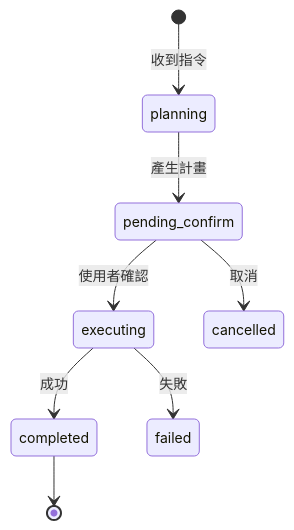
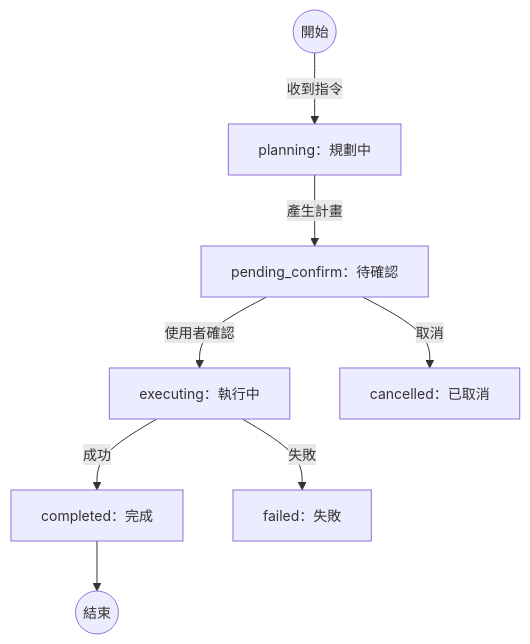
Before and after one commit to billwu101/CloudDrive: the ninth of 10 diagrams in doc/detailed-design.md, drawn with Mermaid. The commit also changed other lines of this file, not shown here.

Commit message:
docs(detailed-design): 統一圖表視覺——兩張狀態機改 flowchart
§3.7 的「AI workflow 狀態機」與「upload session 狀態機」原為 stateDiagram-v2，
其節點樣式與字體渲染路徑不吃 fontSize themeVariable，與 §3.4 系統架構圖等
graph/flowchart 圖並排時大小、字體明顯不一致。改寫為 flowchart TD，沿用與
系統架構圖相同的方框節點語法 + 開始/結束圓節點，狀態轉移以箭頭標籤表達，
語義不變、視覺語言統一。

````diff
--- a/doc/detailed-design.md
+++ b/doc/detailed-design.md
@@ -352,11 +352,11 @@
 ```mermaid
 %%{init: {'theme':'default','themeVariables':{'fontFamily':'Trebuchet MS, Helvetica, Arial, sans-serif','fontSize':'14px','actorFontSize':'14px','messageFontSize':'14px','noteFontSize':'13px'}}}%%
-stateDiagram-v2
-  [*] --> planning: 收到指令
-  planning --> pending_confirm: 產生計畫
-  pending_confirm --> executing: 使用者確認
-  pending_confirm --> cancelled: 取消
-  executing --> completed: 成功
-  executing --> failed: 失敗
-  completed --> [*]
+flowchart TD
+  S((開始)) -->|收到指令| planning["planning：規劃中"]
+  planning -->|產生計畫| pending_confirm["pending_confirm：待確認"]
+  pending_confirm -->|使用者確認| executing["executing：執行中"]
+  pending_confirm -->|取消| cancelled["cancelled：已取消"]
+  executing -->|成功| completed["completed：完成"]
+  executing -->|失敗| failed["failed：失敗"]
+  completed --> E((結束))
 ```
````
